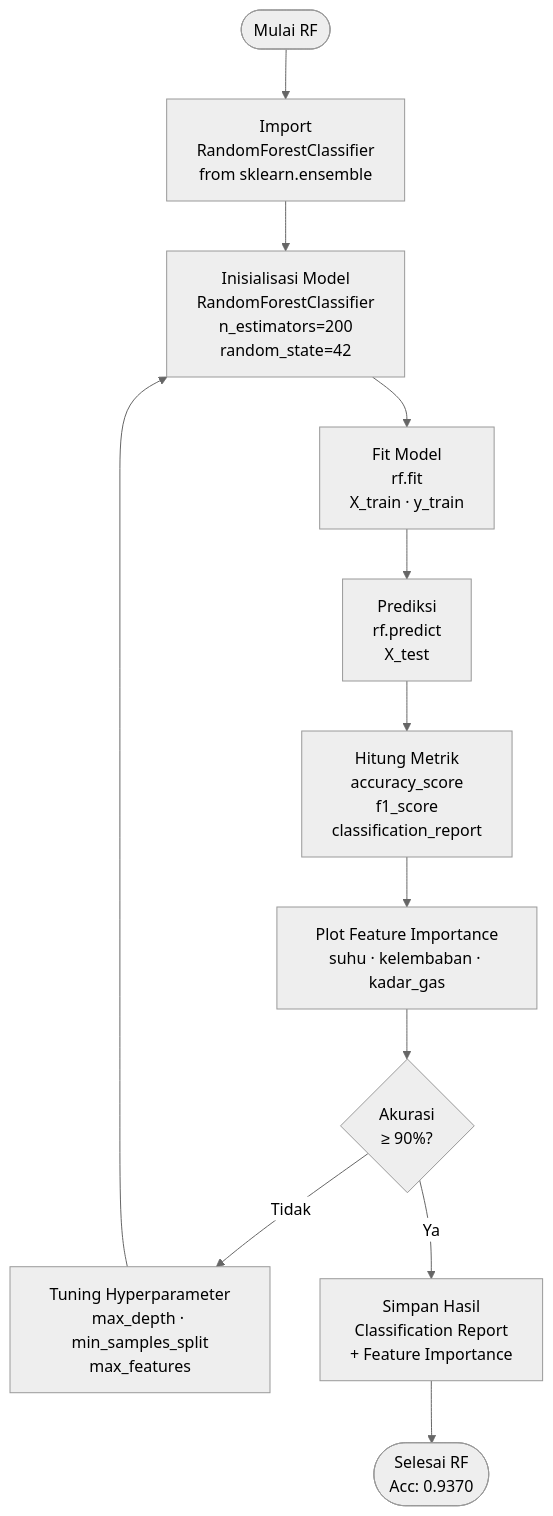
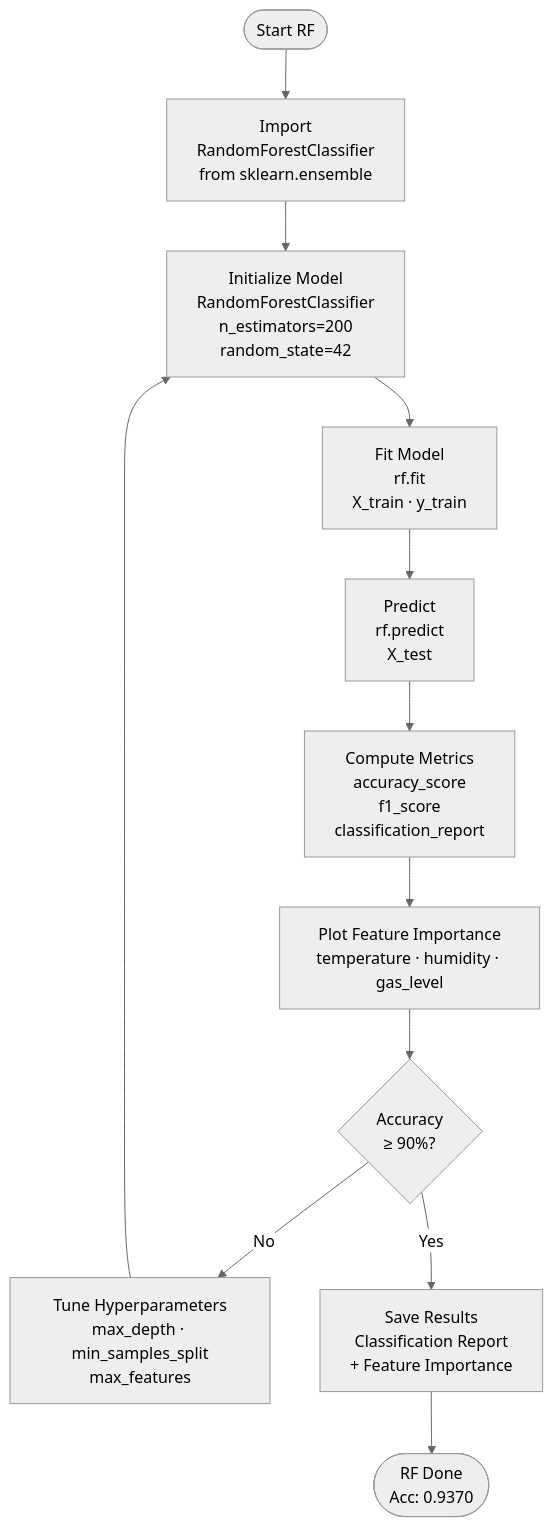
The fifth of 7 diagrams in doc/flowchart.md (izzaalfiansyah/shabrinas-journal), drawn with Mermaid (neutral theme) before and after one commit. The commit also changed other lines of this file, not shown here.

Commit message:
chore(doc): update flowchart in English Language

````diff
--- a/doc/flowchart.md
+++ b/doc/flowchart.md
@@ -91,14 +91,14 @@
 ```mermaid
 flowchart TD
-    A([Mulai RF]) --> B[Import\nRandomForestClassifier\nfrom sklearn.ensemble]
-    B --> C[Inisialisasi Model\nRandomForestClassifier\nn_estimators=200\nrandom_state=42]
+    A([Start RF]) --> B[Import\nRandomForestClassifier\nfrom sklearn.ensemble]
+    B --> C[Initialize Model\nRandomForestClassifier\nn_estimators=200\nrandom_state=42]
     C --> D[Fit Model\nrf.fit\nX_train · y_train]
-    D --> E[Prediksi\nrf.predict\nX_test]
-    E --> F[Hitung Metrik\naccuracy_score\nf1_score\nclassification_report]
-    F --> G[Plot Feature Importance\nsuhu · kelembaban · kadar_gas]
-    G --> H{Akurasi\n≥ 90%?}
-    H -- Tidak --> I[Tuning Hyperparameter\nmax_depth · min_samples_split\nmax_features]
+    D --> E[Predict\nrf.predict\nX_test]
+    E --> F[Compute Metrics\naccuracy_score\nf1_score\nclassification_report]
+    F --> G[Plot Feature Importance\ntemperature · humidity · gas_level]
+    G --> H{Accuracy\n≥ 90%?}
+    H -- No --> I[Tune Hyperparameters\nmax_depth · min_samples_split\nmax_features]
     I --> C
-    H -- Ya --> J[Simpan Hasil\nClassification Report\n+ Feature Importance]
-    J --> K([Selesai RF\nAcc: 0.9370])
+    H -- Yes --> J[Save Results\nClassification Report\n+ Feature Importance]
+    J --> K([RF Done\nAcc: 0.9370])
 ```
````
